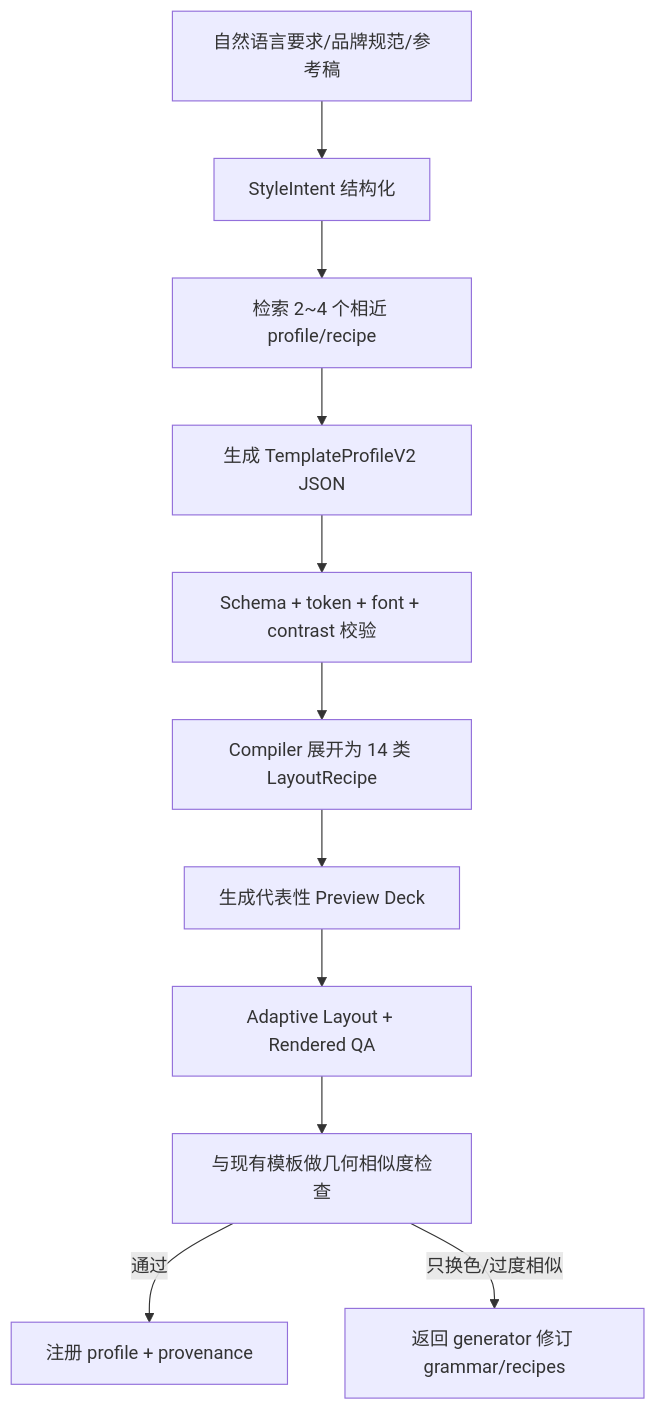
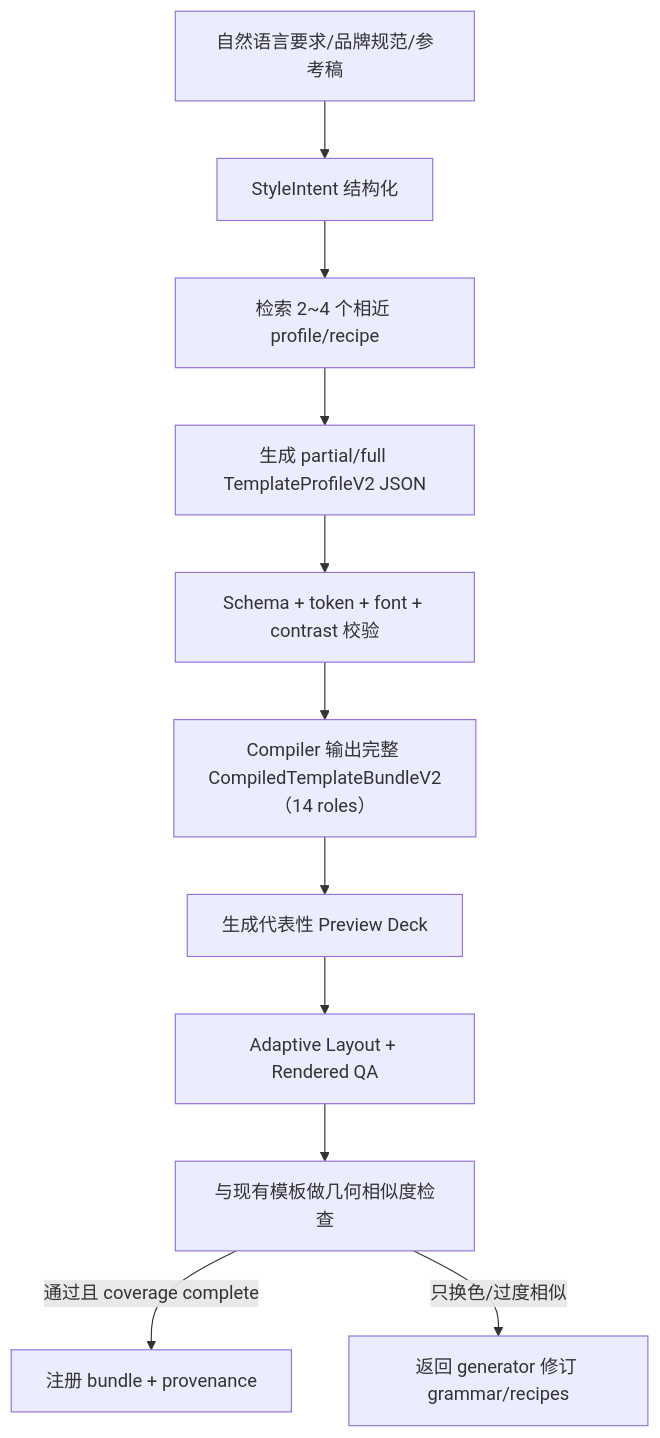
The second of 2 diagrams in docs/PPTX_ADVANCED_IMPLEMENTATION_PLAN.md (Xinghe-0203/PPTX-skills), drawn with Mermaid before and after one commit. The commit also changed other lines of this file and 6 other files, not shown here.

````diff
--- a/docs/PPTX_ADVANCED_IMPLEMENTATION_PLAN.md
+++ b/docs/PPTX_ADVANCED_IMPLEMENTATION_PLAN.md
@@ -716,13 +1029,13 @@
 ```mermaid
 flowchart TD
     A["自然语言要求/品牌规范/参考稿"] --> B["StyleIntent 结构化"]
     B --> C["检索 2~4 个相近 profile/recipe"]
-    C --> D["生成 TemplateProfileV2 JSON"]
+    C --> D["生成 partial/full TemplateProfileV2 JSON"]
     D --> E["Schema + token + font + contrast 校验"]
-    E --> F["Compiler 展开为 14 类 LayoutRecipe"]
+    E --> F["Compiler 输出完整 CompiledTemplateBundleV2（14 roles）"]
     F --> G["生成代表性 Preview Deck"]
     G --> H["Adaptive Layout + Rendered QA"]
     H --> I["与现有模板做几何相似度检查"]
-    I -->|"通过"| J["注册 profile + provenance"]
+    I -->|"通过且 coverage complete"| J["注册 bundle + provenance"]
     I -->|"只换色/过度相似"| K["返回 generator 修订 grammar/recipes"]
 ```
````
